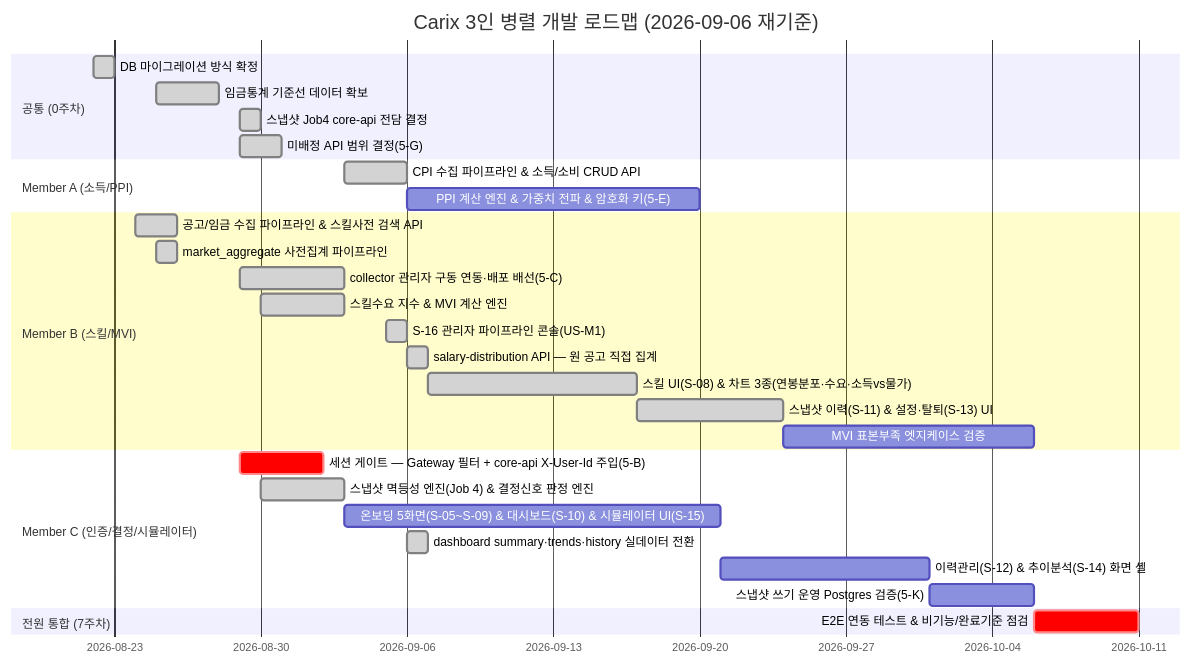
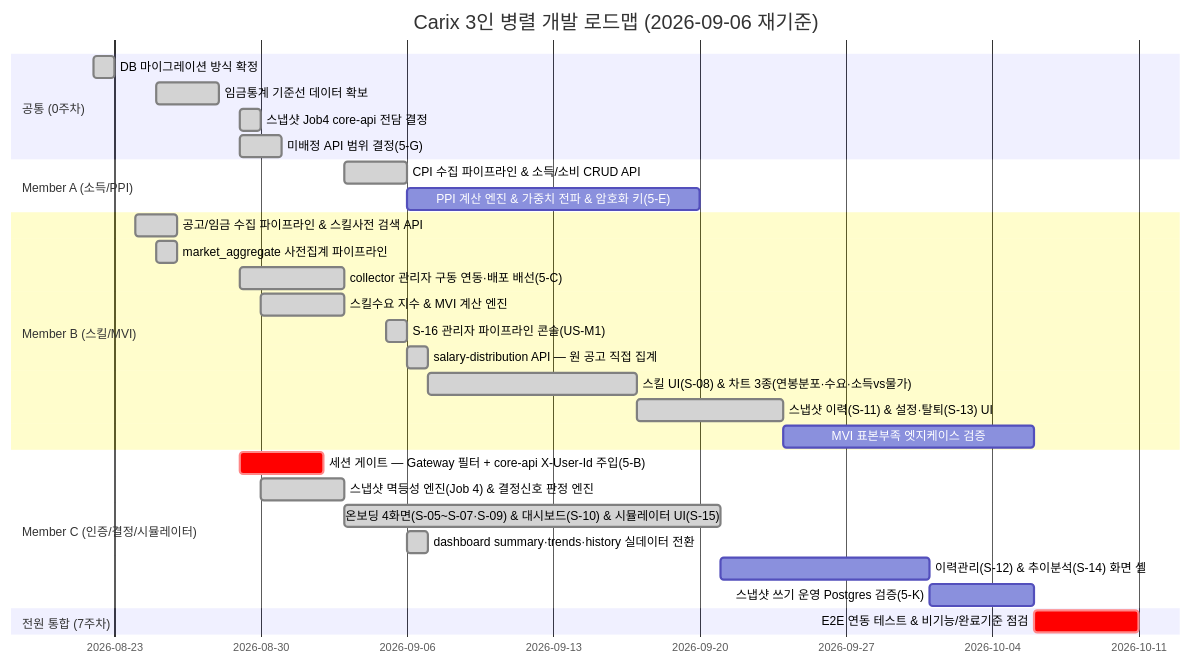
Before and after one commit to SeoHyeokGyu/Carix: the first of 2 diagrams in docs/plans/carix-dev-plan.md, drawn with Mermaid. The commit also changed other lines of this file, not shown here.

````diff
--- a/docs/plans/carix-dev-plan.md
+++ b/docs/plans/carix-dev-plan.md
@@ -105,32 +110,32 @@
 ```mermaid
 gantt
     title Carix 3인 병렬 개발 로드맵 (2026-09-06 재기준)
     dateFormat  YYYY-MM-DD
     section 공통 (0주차)
     DB 마이그레이션 방식 확정 :done, c0a, 2026-08-22, 1d
     임금통계 기준선 데이터 확보 :done, a0, 2026-08-25, 3d
     스냅샷 Job4 core-api 전담 결정 :done, i0, 2026-08-29, 1d
     미배정 API 범위 결정(5-G) :done, c0, 2026-08-29, 2d
     section Member A (소득/PPI)
     CPI 수집 파이프라인 & 소득/소비 CRUD API :done, a1, 2026-09-03, 3d
     PPI 계산 엔진 & 가중치 전파 & 암호화 키(5-E) :a2, after a1, 14d
     section Member B (스킬/MVI)
     공고/임금 수집 파이프라인 & 스킬사전 검색 API :done, b1, 2026-08-24, 2d
     market_aggregate 사전집계 파이프라인 :done, b2a, 2026-08-25, 1d
     collector 관리자 구동 연동·배포 배선(5-C) :done, b0, 2026-08-29, 5d
     스킬수요 지수 & MVI 계산 엔진 :done, b2, 2026-08-30, 4d
     S-16 관리자 파이프라인 콘솔(US-M1) :done, b16, 2026-09-05, 1d
     salary-distribution API — 원 공고 직접 집계 :done, b3a, 2026-09-06, 1d
     스킬 UI(S-08) & 차트 3종(연봉분포·수요·소득vs물가) :done, b3, after b3a, 10d
     스냅샷 이력(S-11) & 설정·탈퇴(S-13) UI :done, b4, after b3, 7d
     MVI 표본부족 엣지케이스 검증 :b5, after b4, 12d
     section Member C (인증/결정/시뮬레이터)
     세션 게이트 — Gateway 필터 + core-api X-User-Id 주입(5-B) :crit, c0b, 2026-08-29, 4d
     스냅샷 멱등성 엔진(Job 4) & 결정신호 판정 엔진 :done, c2, 2026-08-30, 4d
-    온보딩 5화면(S-05~S-09) & 대시보드(S-10) & 시뮬레이터 UI(S-15) :c3, after c2, 18d
+    온보딩 4화면(S-05~S-07·S-09) & 대시보드(S-10) & 시뮬레이터 UI(S-15) :done, c3, after c2, 18d
     dashboard summary·trends·history 실데이터 전환 :done, c4a, 2026-09-06, 1d
     이력관리(S-12) & 추이분석(S-14) 화면 셸 :c4, after c3, 10d
     스냅샷 쓰기 운영 Postgres 검증(5-K) :c5, after c4, 5d
     section 전원 통합 (7주차)
     E2E 연동 테스트 & 비기능/완료기준 점검 :crit, e2e, after a2 b5 c5, 5d
 ```
````
